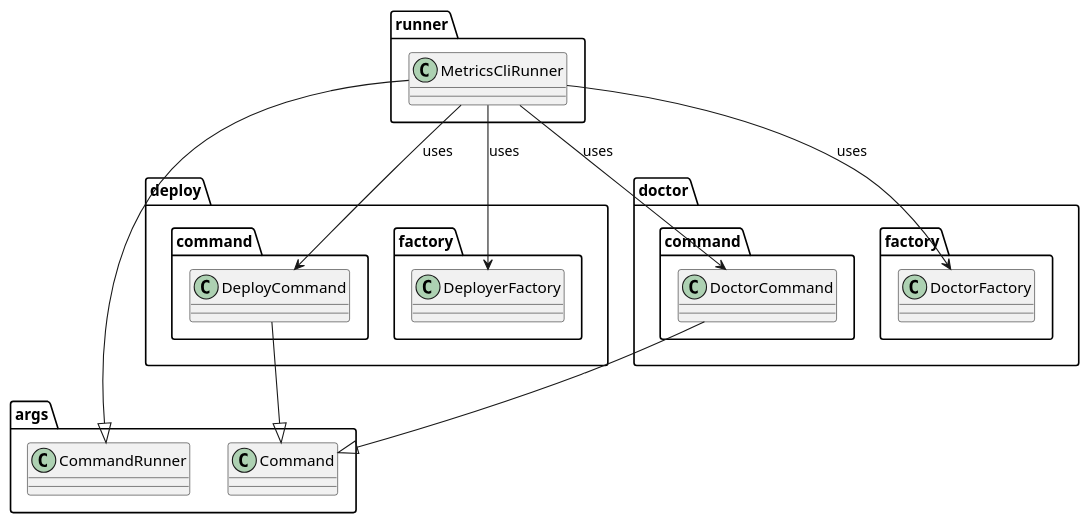
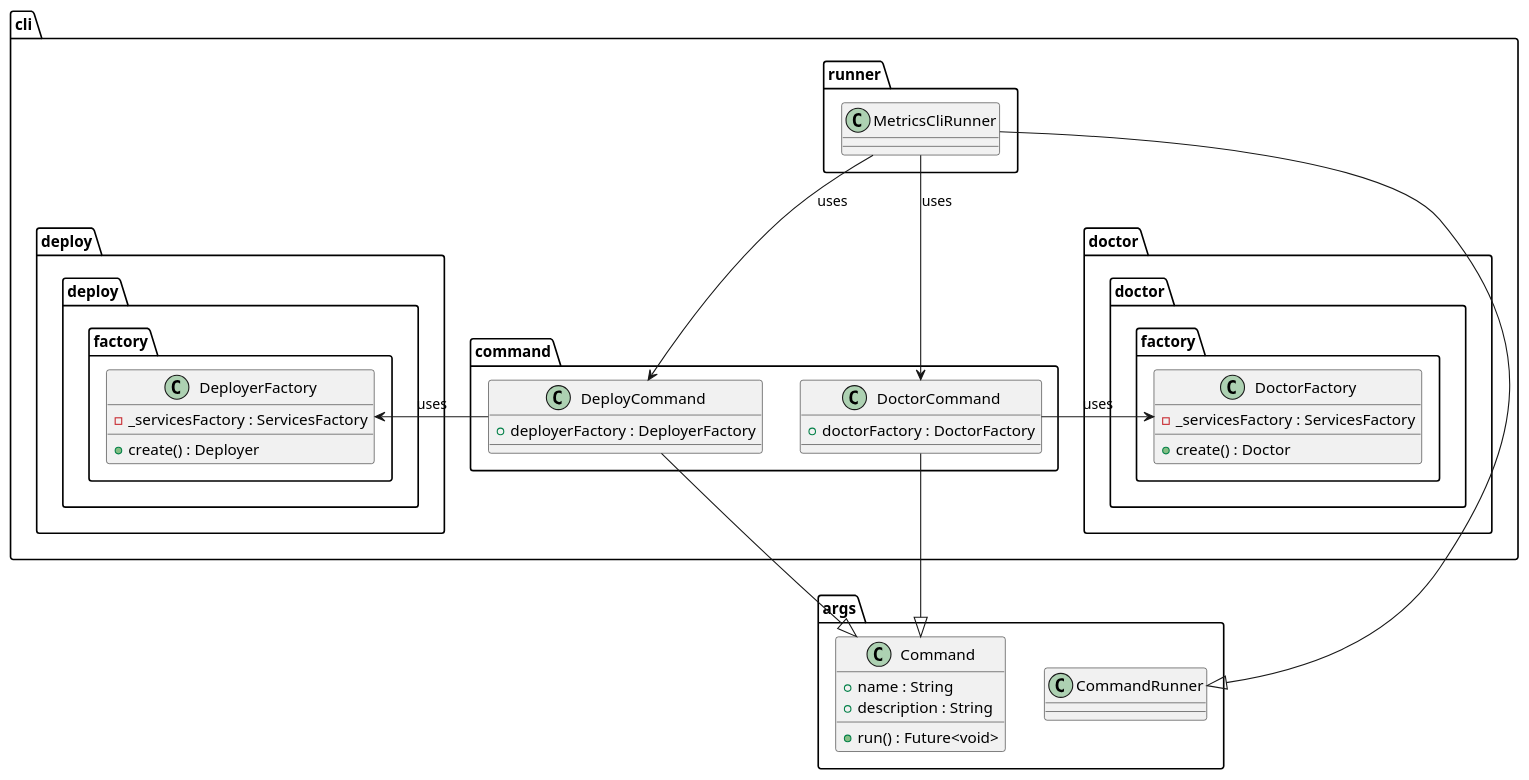
Before and after one commit to Flank/flank-dashboard: the diagram in metrics/cli/docs/diagrams/metrics_cli_runner_class_diagram.puml, drawn with PlantUML. The commit also changed 8 other files, not shown here.

First line of the commit message:
docs: Update CLI design document to improve package structure (#1391)

```diff
--- a/metrics/cli/docs/diagrams/metrics_cli_runner_class_diagram.puml
+++ b/metrics/cli/docs/diagrams/metrics_cli_runner_class_diagram.puml
@@ -1,43 +1,57 @@
 @startuml metrics_cli_runner_class_diagram
 
 package args {
     class CommandRunner{}
-    class Command {}
-}
-
-package runner {
-    class MetricsCliRunner {}
-}
-
-package deploy {
-    package command {
-        class DeployCommand {}
-    }
-
-    package factory as deploy.factory{
-        class DeployerFactory {}
+    class Command {
+        + name : String
+        + description : String
+        + run() : Future<void>
     }
 }
 
-package doctor {
-    package command as doctor.command {
-        class DoctorCommand {}
+package cli {
+    package doctor {
+        package factory as doctor.factory {
+            class DoctorFactory {
+            - _servicesFactory : ServicesFactory
+            + create() : Doctor
+            }
+        }
     }
 
-    package factory as doctor.factory {
-        class DoctorFactory {}
+    package runner {
+        class MetricsCliRunner {}
+    }
+
+    package command {
+        class DeployCommand {
+            + deployerFactory : DeployerFactory
+        }
+
+        class DoctorCommand {
+            + doctorFactory : DoctorFactory
+        }
+    }
+
+    package deploy {
+        package factory as deploy.factory{
+            class DeployerFactory {
+                - _servicesFactory : ServicesFactory
+                + create() : Deployer
+            }
+        }
     }
 }
 
 MetricsCliRunner --> DoctorCommand : uses
 MetricsCliRunner --> DeployCommand : uses
-MetricsCliRunner --> DeployerFactory : uses
-MetricsCliRunner --> DoctorFactory : uses
+DeployCommand -left-> DeployerFactory : uses
+DoctorCommand -right-> DoctorFactory : uses
 
 DeployCommand --|> Command
 DoctorCommand --|> Command
 
 MetricsCliRunner --|> CommandRunner
 
 
 @enduml
```
